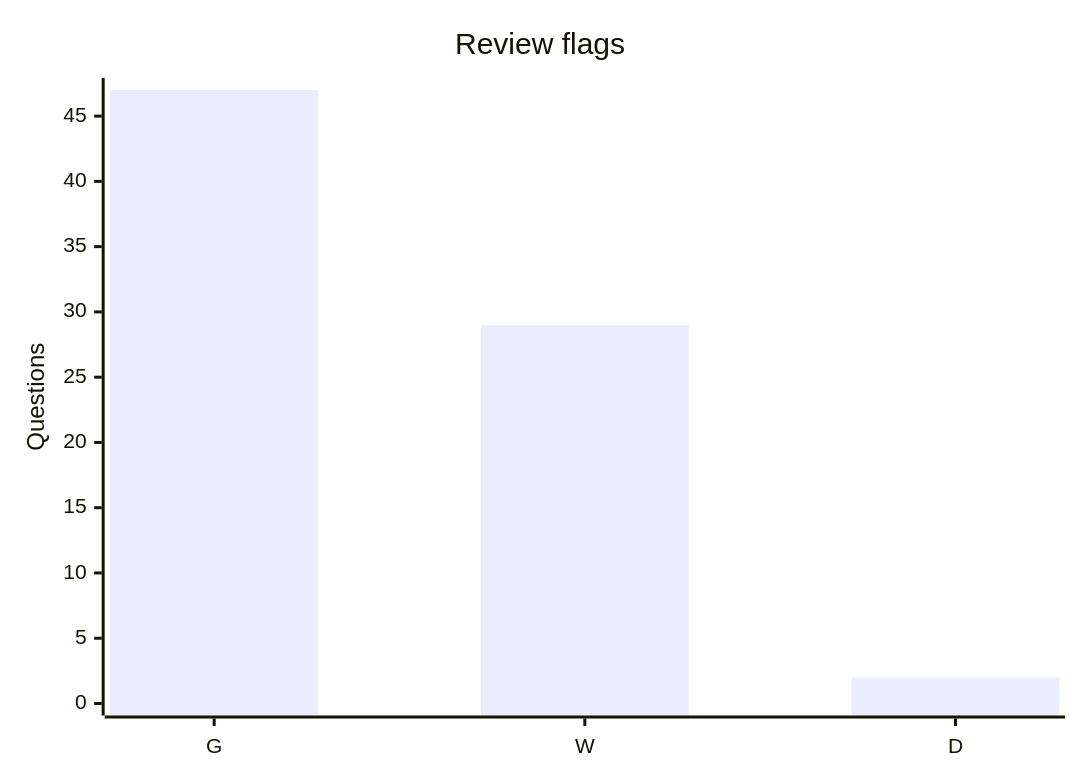
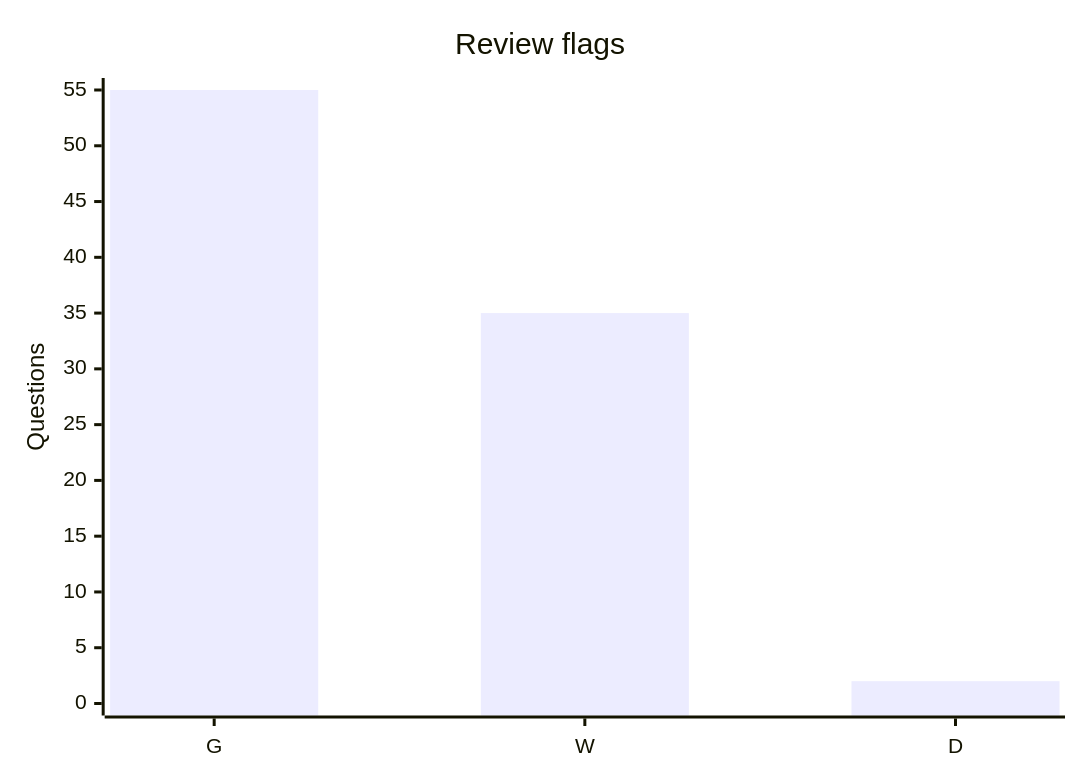
The sixth of 7 diagrams in PROGRESS.md (Zakoroo/computer_networks), drawn with Mermaid before and after one commit. The commit also changed other lines of this file and 44 other files, not shown here.

````diff
--- a/PROGRESS.md
+++ b/PROGRESS.md
@@ -71,7 +78,7 @@
 ```mermaid
 xychart-beta
     title "Review flags"
     x-axis ["G", "W", "D"]
-    y-axis "Questions" 0 --> 47
-    bar [47, 29, 2]
+    y-axis "Questions" 0 --> 55
+    bar [55, 35, 2]
 ```
````
